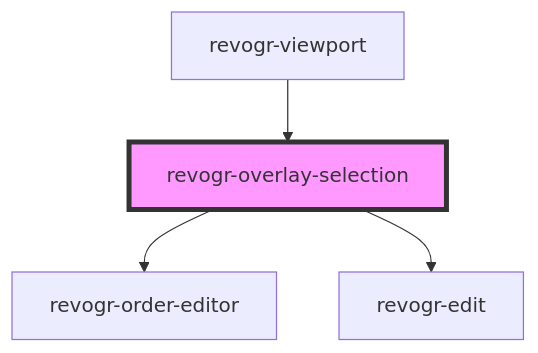
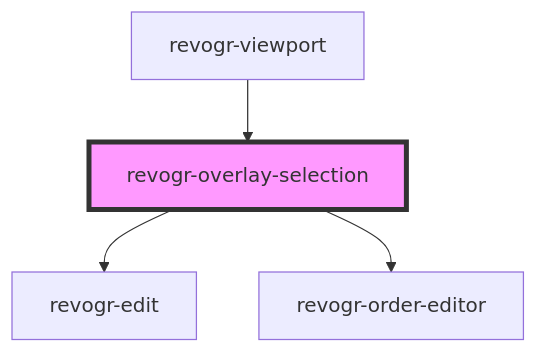
Before and after one commit to revolist/revogrid: the diagram in src/components/overlay/readme.md, drawn with Mermaid. The commit also changed other lines of this file and 20 other files, not shown here.

````diff
--- a/src/components/overlay/readme.md
+++ b/src/components/overlay/readme.md
@@ -49,7 +49,7 @@
 ```mermaid
 graph TD;
+  revogr-overlay-selection --> revogr-edit
   revogr-overlay-selection --> revogr-order-editor
-  revogr-overlay-selection --> revogr-edit
   revogr-viewport --> revogr-overlay-selection
   style revogr-overlay-selection fill:#f9f,stroke:#333,stroke-width:4px
 ```
````
